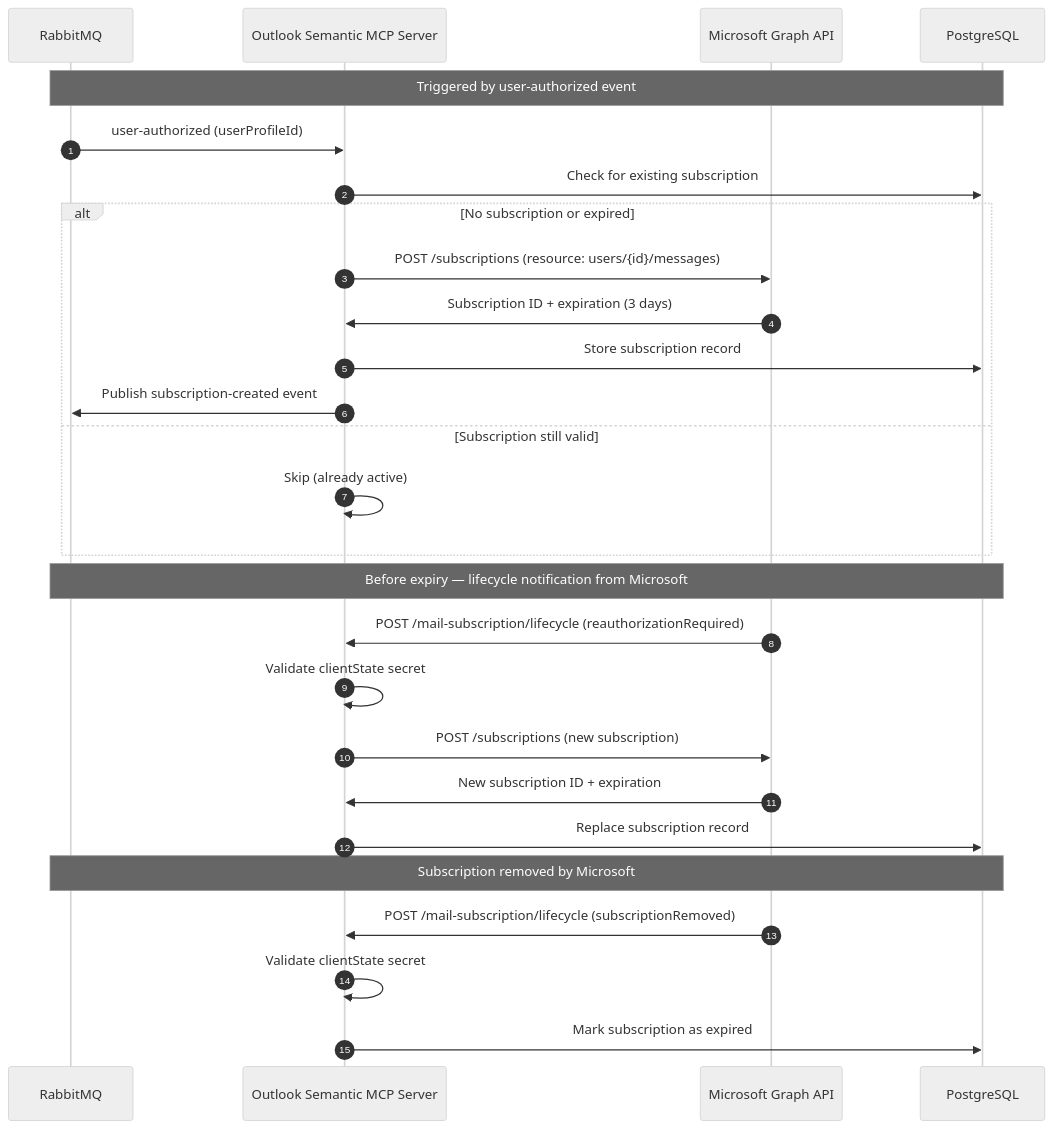
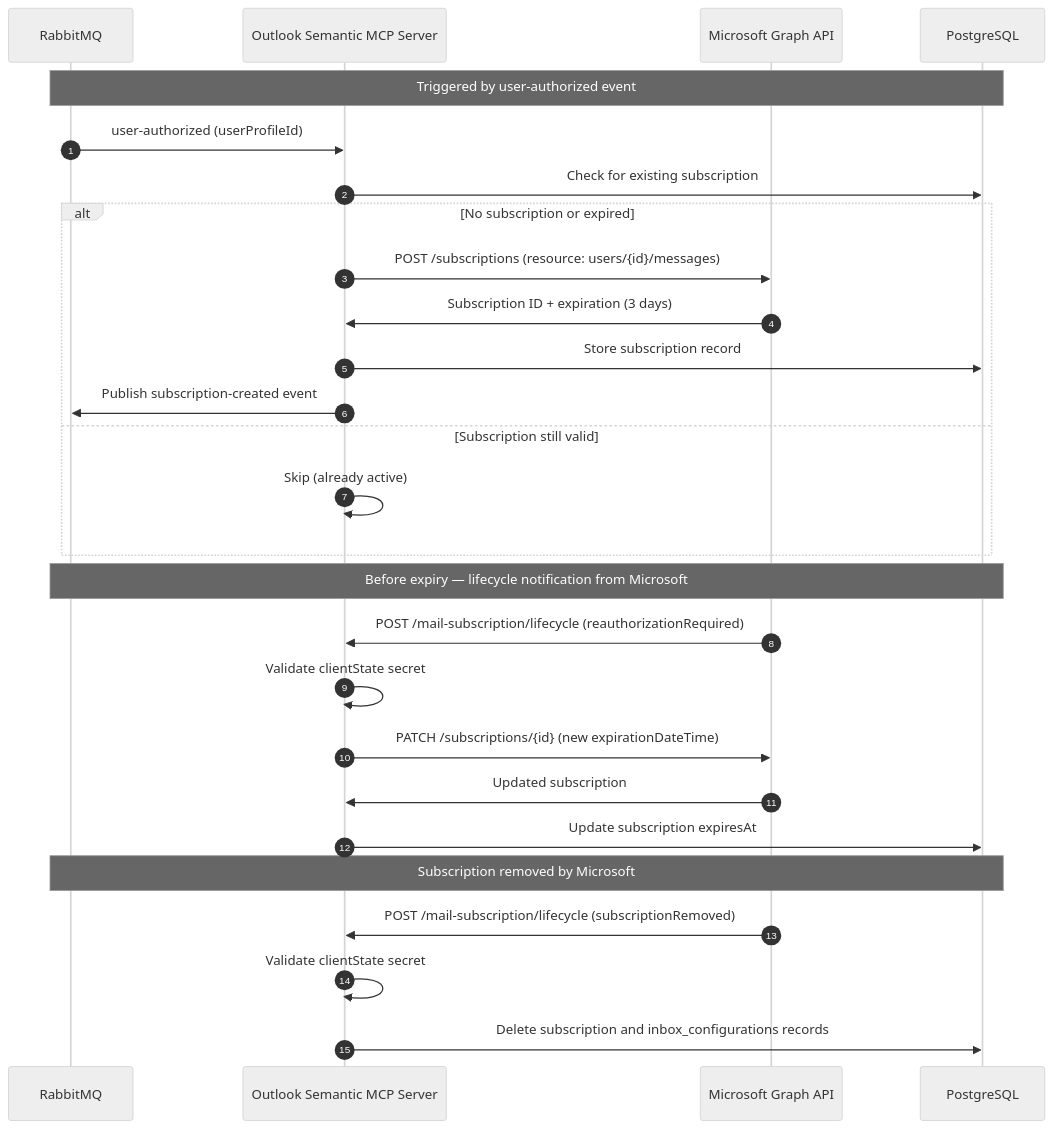
Before and after one commit to Unique-AG/connectors: the third of 7 diagrams in services/outlook-semantic-mcp/docs/technical/flows.md, drawn with Mermaid. The commit also changed other lines of this file and 10 other files, not shown here.

````diff
--- a/services/outlook-semantic-mcp/docs/technical/flows.md
+++ b/services/outlook-semantic-mcp/docs/technical/flows.md
@@ -80,33 +80,33 @@
 ```mermaid
 %%{init: {'theme': 'neutral', 'themeVariables': { 'fontSize': '14px' }}}%%
 sequenceDiagram
     autonumber
     participant AMQP as RabbitMQ
     participant OutlookMCP as Outlook Semantic MCP Server
     participant MSGraph as Microsoft Graph API
     participant DB as PostgreSQL
 
     Note over AMQP,DB: Triggered by user-authorized event
     AMQP->>OutlookMCP: user-authorized (userProfileId)
     OutlookMCP->>DB: Check for existing subscription
     alt No subscription or expired
         OutlookMCP->>MSGraph: POST /subscriptions (resource: users/{id}/messages)
         MSGraph->>OutlookMCP: Subscription ID + expiration (3 days)
         OutlookMCP->>DB: Store subscription record
         OutlookMCP->>AMQP: Publish subscription-created event
     else Subscription still valid
         OutlookMCP->>OutlookMCP: Skip (already active)
     end
 
     Note over AMQP,DB: Before expiry — lifecycle notification from Microsoft
     MSGraph->>OutlookMCP: POST /mail-subscription/lifecycle (reauthorizationRequired)
     OutlookMCP->>OutlookMCP: Validate clientState secret
-    OutlookMCP->>MSGraph: POST /subscriptions (new subscription)
-    MSGraph->>OutlookMCP: New subscription ID + expiration
-    OutlookMCP->>DB: Replace subscription record
+    OutlookMCP->>MSGraph: PATCH /subscriptions/{id} (new expirationDateTime)
+    MSGraph->>OutlookMCP: Updated subscription
+    OutlookMCP->>DB: Update subscription expiresAt
 
     Note over AMQP,DB: Subscription removed by Microsoft
     MSGraph->>OutlookMCP: POST /mail-subscription/lifecycle (subscriptionRemoved)
     OutlookMCP->>OutlookMCP: Validate clientState secret
-    OutlookMCP->>DB: Mark subscription as expired
+    OutlookMCP->>DB: Delete subscription and inbox_configurations records
 ```
````
